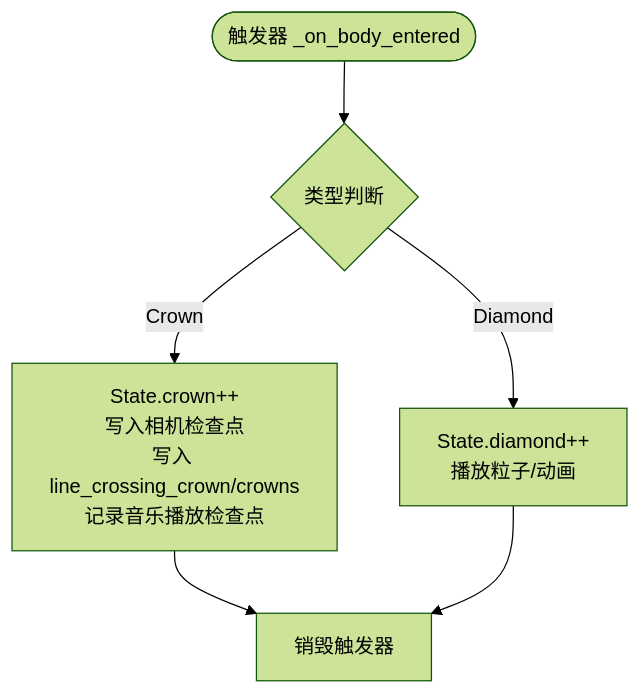
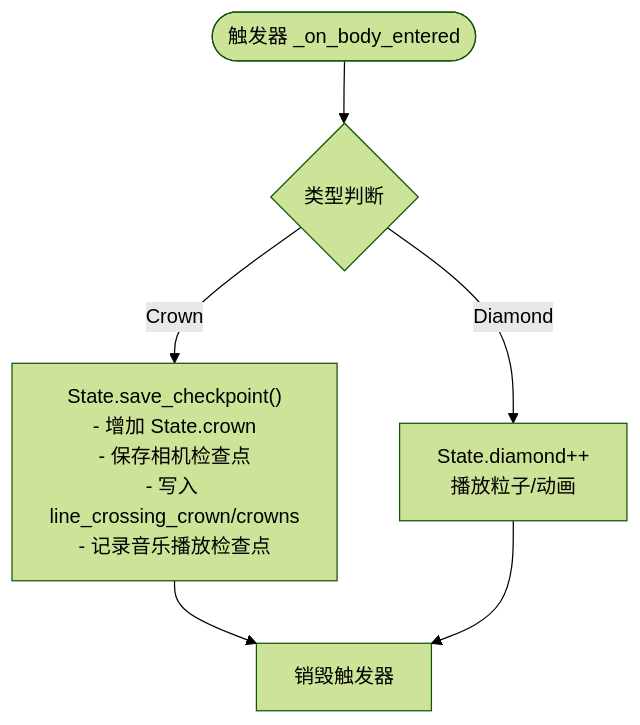
Before and after one commit to godotline/godot-line: the seventh of 11 diagrams in .qoder/repowiki/zh/content/核心架构设计/设计模式应用/状态管理模式.md, drawn with Mermaid (forest theme). The commit also changed other lines of this file and 687 other files, not shown here.

````diff
--- a/.qoder/repowiki/zh/content/核心架构设计/设计模式应用/状态管理模式.md
+++ b/.qoder/repowiki/zh/content/核心架构设计/设计模式应用/状态管理模式.md
@@ -256,8 +279,8 @@
 ```mermaid
 flowchart TD
 Enter(["触发器 _on_body_entered"]) --> Type{"类型判断"}
-Type --> |Crown| CrownCollect["State.crown++<br/>写入相机检查点<br/>写入 line_crossing_crown/crowns<br/>记录音乐播放检查点"]
+Type --> |Crown| CrownCollect["State.save_checkpoint()<br/>- 增加 State.crown<br/>- 保存相机检查点<br/>- 写入 line_crossing_crown/crowns<br/>- 记录音乐播放检查点"]
 Type --> |Diamond| DiamondCollect["State.diamond++<br/>播放粒子/动画"]
 CrownCollect --> Destroy["销毁触发器"]
 DiamondCollect --> Destroy
 ```
````
